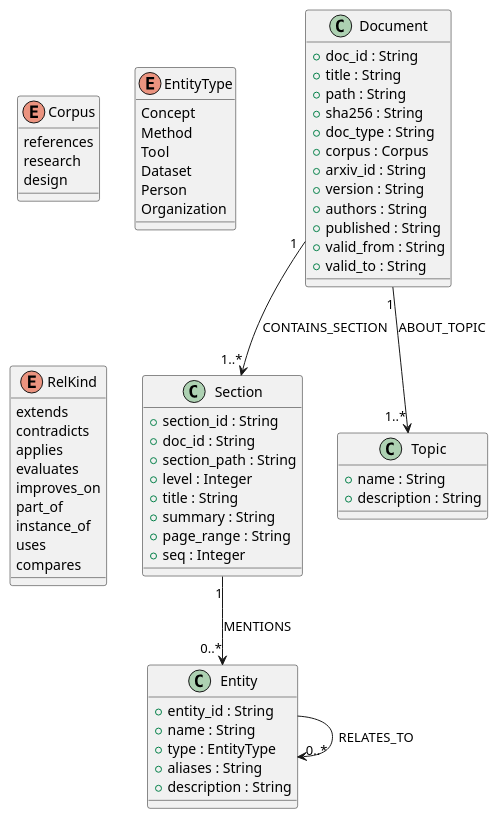
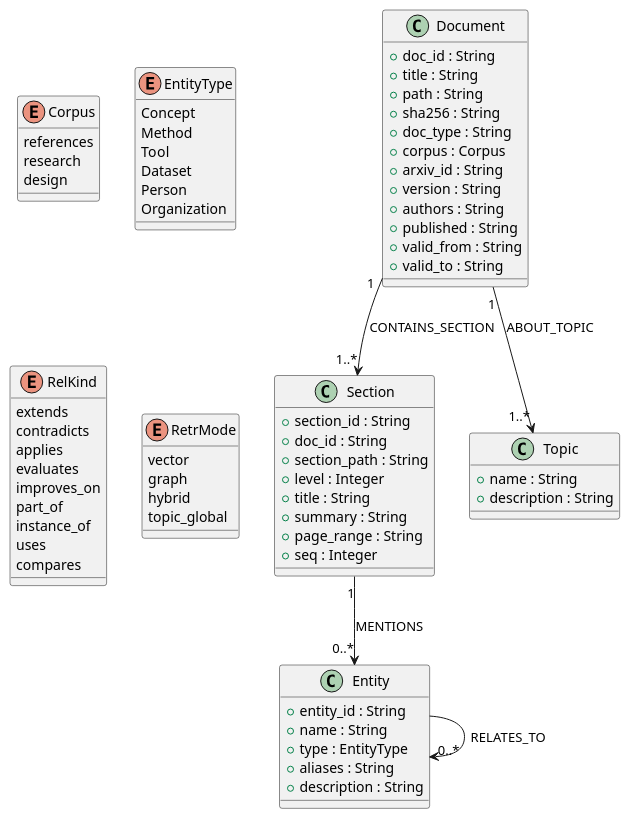
The diagram in research/requirement-to-spec/cases/kbapp-review/formal/concept-03.puml (fisheryu-cn1/AI-Coding-Engineering), drawn with PlantUML before and after one commit. The commit also changed 14 other files, not shown here.

```diff
--- a/research/requirement-to-spec/cases/kbapp-review/formal/concept-03.puml
+++ b/research/requirement-to-spec/cases/kbapp-review/formal/concept-03.puml
@@ -1,85 +1,92 @@
 @startuml
 ' ===== kbapp-review 03 层概念模型（S3 翻译：输入=raw/03-技术概要设计.md 原文）=====
 ' 翻译位: ZCode/GLM 2026-08-28; 忠实原则: 按 03 原文编码(§3 图谱 Schema + §2 SQLite 核心)
 ' 对照锚: 与 01 层 concept-01.puml 同源概念的形态差异(Chunk 从图节点降为 FTS 表行等)由对比报告承载
 
 class Document {
   +doc_id : String
   +title : String
   +path : String
   +sha256 : String
   +doc_type : String
   +corpus : Corpus
   +arxiv_id : String
   +version : String
   +authors : String
   +published : String
   +valid_from : String
   +valid_to : String
 }
 
 class Section {
   +section_id : String
   +doc_id : String
   +section_path : String
   +level : Integer
   +title : String
   +summary : String
   +page_range : String
   +seq : Integer
 }
 
 class Entity {
   +entity_id : String
   +name : String
   +type : EntityType
   +aliases : String
   +description : String
 }
 
 class Topic {
   +name : String
   +description : String
 }
 
 ' 03 §3.1: corpus 三值封闭
 enum Corpus {
   references
   research
   design
 }
 ' 03 §3.1: Entity.type 六值(同 01 FR-2.1)
 enum EntityType {
   Concept
   Method
   Tool
   Dataset
   Person
   Organization
 }
 ' 03 §4 P4: RELATES_TO.kind 九值封闭
 enum RelKind {
   extends
   contradicts
   applies
   evaluates
   improves_on
   part_of
   instance_of
   uses
   compares
 }
+' 03 §5.1: 检索四模式（FR-3.1 承接；MVP 无向量变体注记）
+enum RetrMode {
+  vector
+  graph
+  hybrid
+  topic_global
+}
 
 ' @disjoint: Corpus_references, Corpus_research, Corpus_design
 ' @disjoint: EntityType_Concept, EntityType_Method, EntityType_Tool, EntityType_Dataset, EntityType_Person, EntityType_Organization
 ' @disjoint: RelKind_extends, RelKind_contradicts, RelKind_applies, RelKind_evaluates, RelKind_improves_on, RelKind_part_of, RelKind_instance_of, RelKind_uses, RelKind_compares
 ' 注解说明(KD-4 对照): 03 §3.2 MVP 收敛砍除 Chunk 图节点与 CONTAINS_CHUNK/MENTIONS_ENTITY/CITES/
 '   SUPERSEDES/SAME_AS 边——Chunk 降级为 FTS 表行(§4 分块/§5.1 全文路), 语义由检索层承载(对照 01 术语表 Chunk 定义仍在)
 ' 注解说明(KD-5): doc_type 在 03 为自由属性(§3.1 无枚举约束), 未沿用 01 FR-1.2 六类封闭枚举——形态差异待对照
 ' 注解说明(KD-6): Topic 扁平映射+跨语料归并(大小写/连字符归一), >30 主题才引入 SUBTOPIC_OF——设计新生规则
 
 Document "1" --> "1..*" Section : CONTAINS_SECTION
 Section "1" --> "0..*" Entity : MENTIONS
 Document "1" --> "1..*" Topic : ABOUT_TOPIC
 Entity --> "0..*" Entity : RELATES_TO
 @enduml
```
